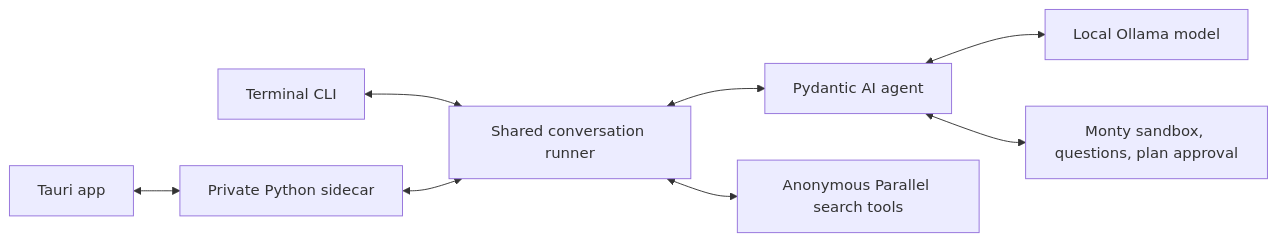
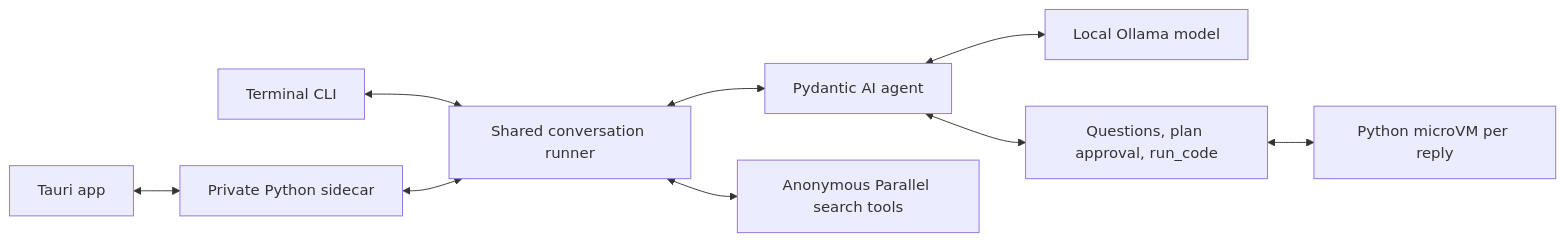
The diagram in README.md (raniendu/vikram), drawn with Mermaid before and after one commit. The commit also changed other lines of this file and 27 other files, not shown here.

First line of the commit message:
Run model code in a local microVM instead of Monty

````diff
--- a/README.md
+++ b/README.md
@@ -249,10 +260,11 @@
 ```mermaid
 flowchart LR
     CLI[Terminal CLI] <--> Runner[Shared conversation runner]
     App[Tauri app] <--> Sidecar[Private Python sidecar]
     Sidecar <--> Runner
     Runner <--> Agent[Pydantic AI agent]
     Agent <--> Ollama[Local Ollama model]
     Runner <--> Parallel[Anonymous Parallel search tools]
-    Agent <--> Toolkit[Monty sandbox, questions, plan approval]
+    Agent <--> Toolkit[Questions, plan approval, run_code]
+    Toolkit <--> VM[Python microVM per reply]
 ```
````
